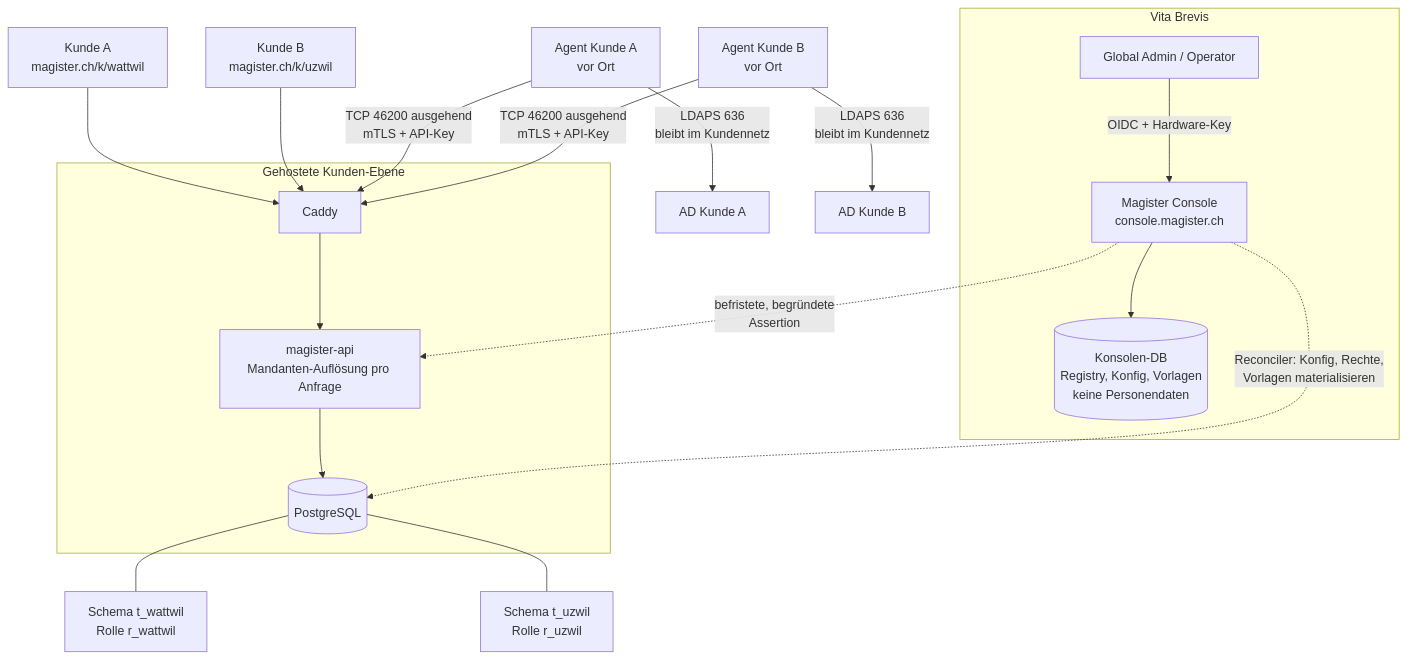
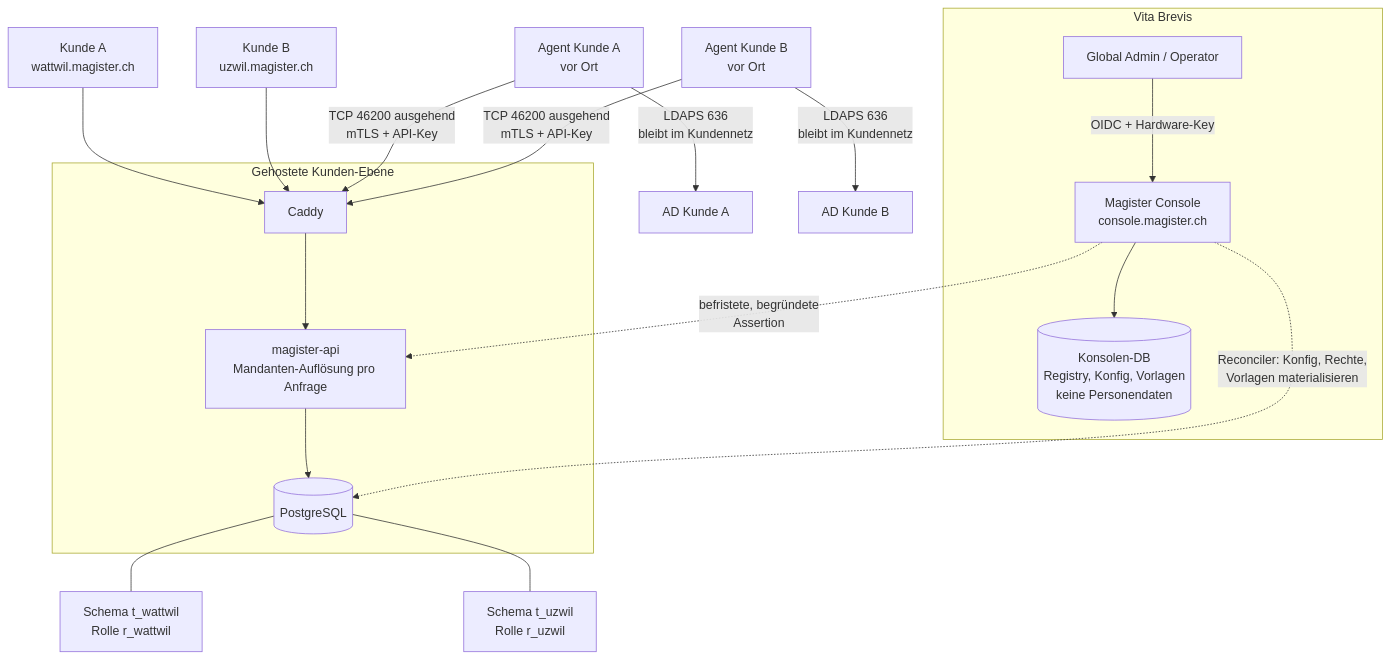
The diagram in docs/features/multitenancy.md (Vita-Brevis-GmbH/magister), drawn with Mermaid before and after one commit. The commit also changed other lines of this file and 13 other files, not shown here.

````diff
--- a/docs/features/multitenancy.md
+++ b/docs/features/multitenancy.md
@@ -37,26 +39,26 @@
 ```mermaid
 flowchart TB
   subgraph VB["Vita Brevis"]
     Ops[Global Admin / Operator] -->|OIDC + Hardware-Key| Console[Magister Console<br/>console.magister.ch]
     Console --> CDB[(Konsolen-DB<br/>Registry, Konfig, Vorlagen<br/>keine Personendaten)]
   end
 
   subgraph Platform["Gehostete Kunden-Ebene"]
     Caddy[Caddy] --> API[magister-api<br/>Mandanten-Auflösung pro Anfrage]
     API --> PG[(PostgreSQL)]
   end
 
-  KundeA[Kunde A<br/>magister.ch/k/wattwil] --> Caddy
-  KundeB[Kunde B<br/>magister.ch/k/uzwil] --> Caddy
+  KundeA[Kunde A<br/>wattwil.magister.ch] --> Caddy
+  KundeB[Kunde B<br/>uzwil.magister.ch] --> Caddy
 
   PG --- SA[Schema t_wattwil<br/>Rolle r_wattwil]
   PG --- SB[Schema t_uzwil<br/>Rolle r_uzwil]
 
   Console -.->|Reconciler: Konfig, Rechte,<br/>Vorlagen materialisieren| PG
   Console -.->|befristete, begründete<br/>Assertion| API
 
   AgentA[Agent Kunde A<br/>vor Ort] -->|TCP 46200 ausgehend<br/>mTLS + API-Key| Caddy
   AgentB[Agent Kunde B<br/>vor Ort] -->|TCP 46200 ausgehend<br/>mTLS + API-Key| Caddy
   AgentA -->|LDAPS 636<br/>bleibt im Kundennetz| ADA[AD Kunde A]
   AgentB -->|LDAPS 636<br/>bleibt im Kundennetz| ADB[AD Kunde B]
 ```
````
